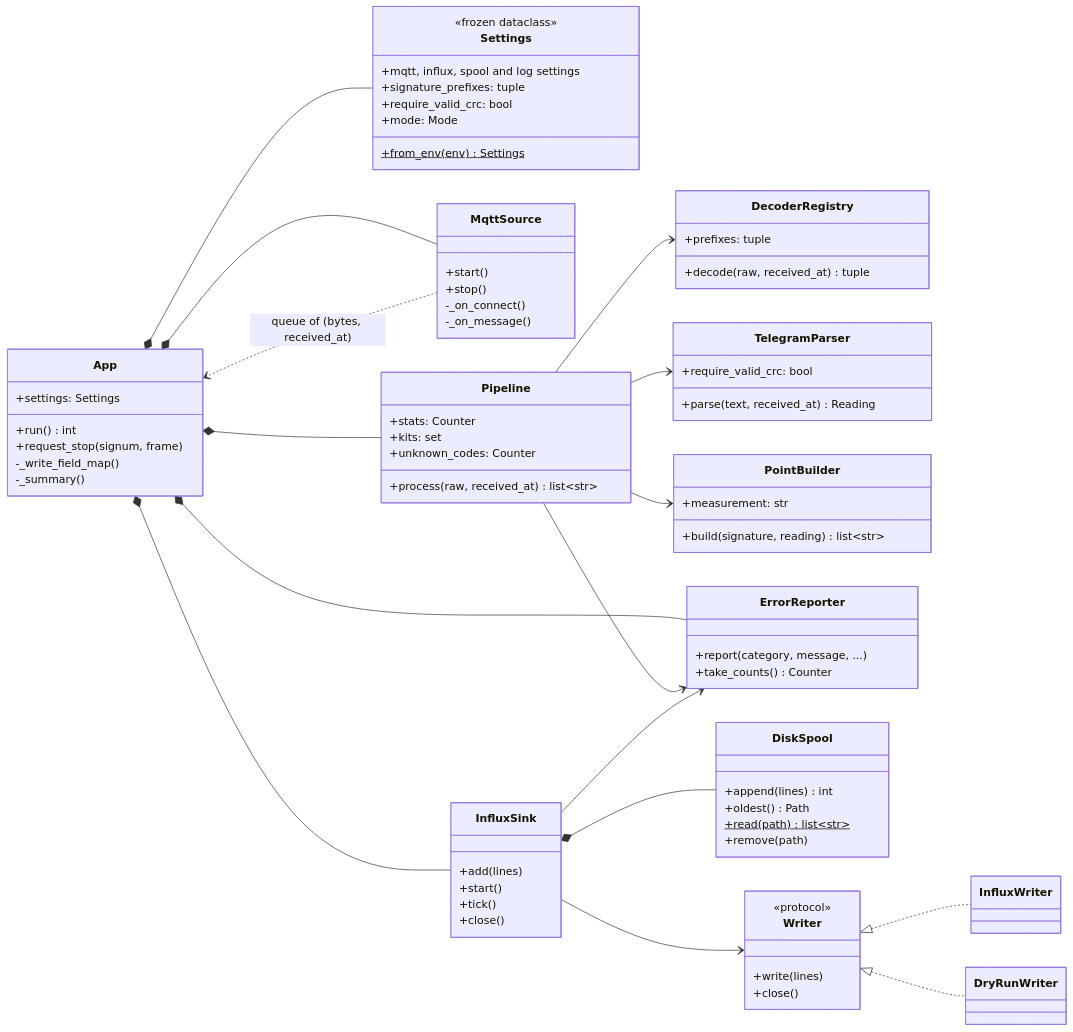
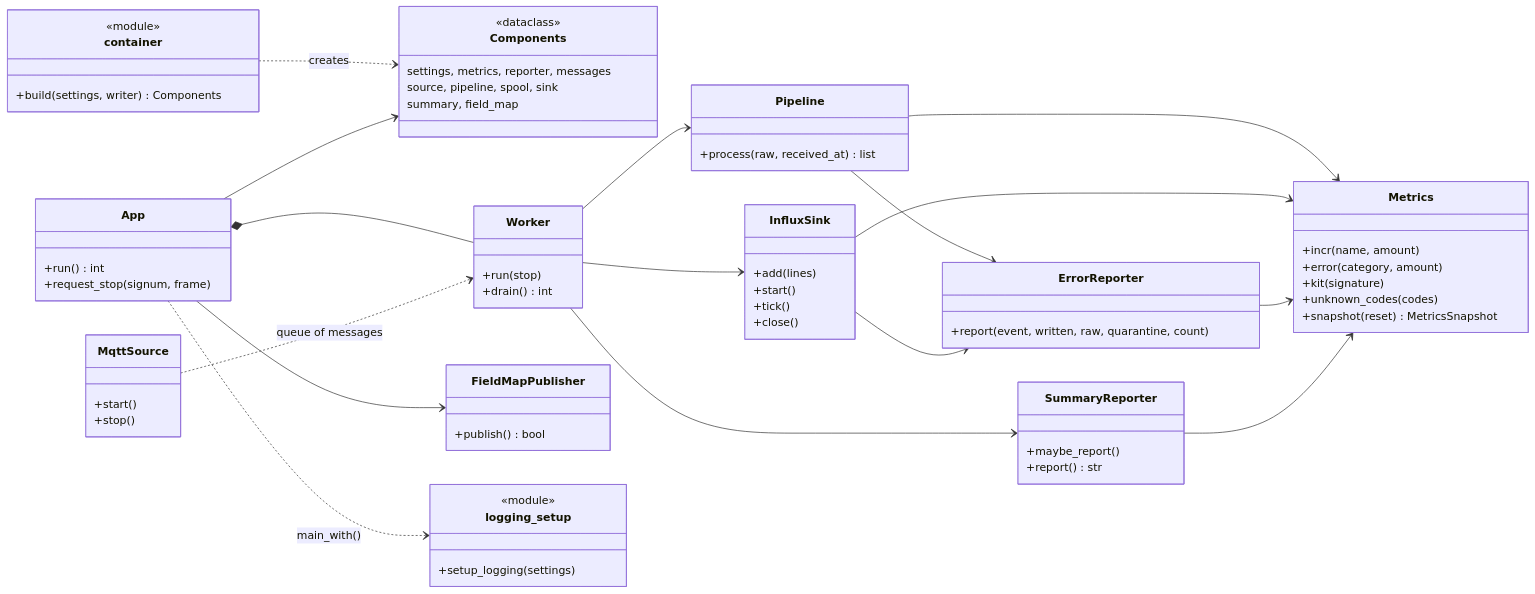
Before and after one commit to AvansETI/emon2influx-parser: the first of 6 diagrams in doc/class-diagram.md, drawn with Mermaid. The commit also changed other lines of this file and 36 other files, not shown here.

````diff
--- a/doc/class-diagram.md
+++ b/doc/class-diagram.md
@@ -11,47 +14,29 @@
     direction LR
 
     class App {
-        +settings: Settings
         +run() int
         +request_stop(signum, frame)
-        -_write_field_map()
-        -_summary()
     }
-    class Settings {
-        <<frozen dataclass>>
-        +mqtt, influx, spool and log settings
-        +signature_prefixes: tuple
-        +require_valid_crc: bool
-        +mode: Mode
-        +from_env(env)$ Settings
+    class Components {
+        <<dataclass>>
+        settings, metrics, reporter, messages
+        source, pipeline, spool, sink
+        summary, field_map
+    }
+    class container {
+        <<module>>
+        +build(settings, writer) Components
+    }
+    class Worker {
+        +run(stop)
+        +drain() int
     }
     class MqttSource {
         +start()
         +stop()
-        -_on_connect()
-        -_on_message()
     }
     class Pipeline {
-        +stats: Counter
-        +kits: set
-        +unknown_codes: Counter
-        +process(raw, received_at) list~str~
-    }
-    class DecoderRegistry {
-        +prefixes: tuple
-        +decode(raw, received_at) tuple
-    }
-    class TelegramParser {
-        +require_valid_crc: bool
-        +parse(text, received_at) Reading
-    }
-    class PointBuilder {
-        +measurement: str
-        +build(signature, reading) list~str~
-    }
-    class ErrorReporter {
-        +report(category, message, ...)
-        +take_counts() Counter
+        +process(raw, received_at) list
     }
     class InfluxSink {
         +add(lines)
@@ -59,33 +44,41 @@
         +tick()
         +close()
     }
-    class DiskSpool {
-        +append(lines) int
-        +oldest() Path
-        +read(path)$ list~str~
-        +remove(path)
+    class SummaryReporter {
+        +maybe_report()
+        +report() str
     }
-    class Writer {
-        <<protocol>>
-        +write(lines)
-        +close()
+    class FieldMapPublisher {
+        +publish() bool
     }
-    class InfluxWriter
-    class DryRunWriter
+    class Metrics {
+        +incr(name, amount)
+        +error(category, amount)
+        +kit(signature)
+        +unknown_codes(codes)
+        +snapshot(reset) MetricsSnapshot
+    }
+    class ErrorReporter {
+        +report(event, written, raw, quarantine, count)
+    }
+    class logging_setup {
+        <<module>>
+        +setup_logging(settings)
+    }
 
-    App *-- Settings
-    App *-- MqttSource
-    App *-- Pipeline
-    App *-- InfluxSink
-    App *-- ErrorReporter
-    MqttSource ..> App : queue of (bytes, received_at)
-    Pipeline --> DecoderRegistry
-    Pipeline --> TelegramParser
-    Pipeline --> PointBuilder
+    container ..> Components : creates
+    App --> Components
+    App *-- Worker
+    App ..> logging_setup : main_with()
+    Worker --> Pipeline
+    Worker --> InfluxSink
+    Worker --> SummaryReporter
+    MqttSource ..> Worker : queue of messages
     Pipeline --> ErrorReporter
-    InfluxSink --> Writer
-    InfluxSink *-- DiskSpool
+    Pipeline --> Metrics
+    InfluxSink --> Metrics
     InfluxSink --> ErrorReporter
-    Writer <|.. InfluxWriter
-    Writer <|.. DryRunWriter
+    ErrorReporter --> Metrics
+    SummaryReporter --> Metrics
+    App --> FieldMapPublisher
 ```
````
